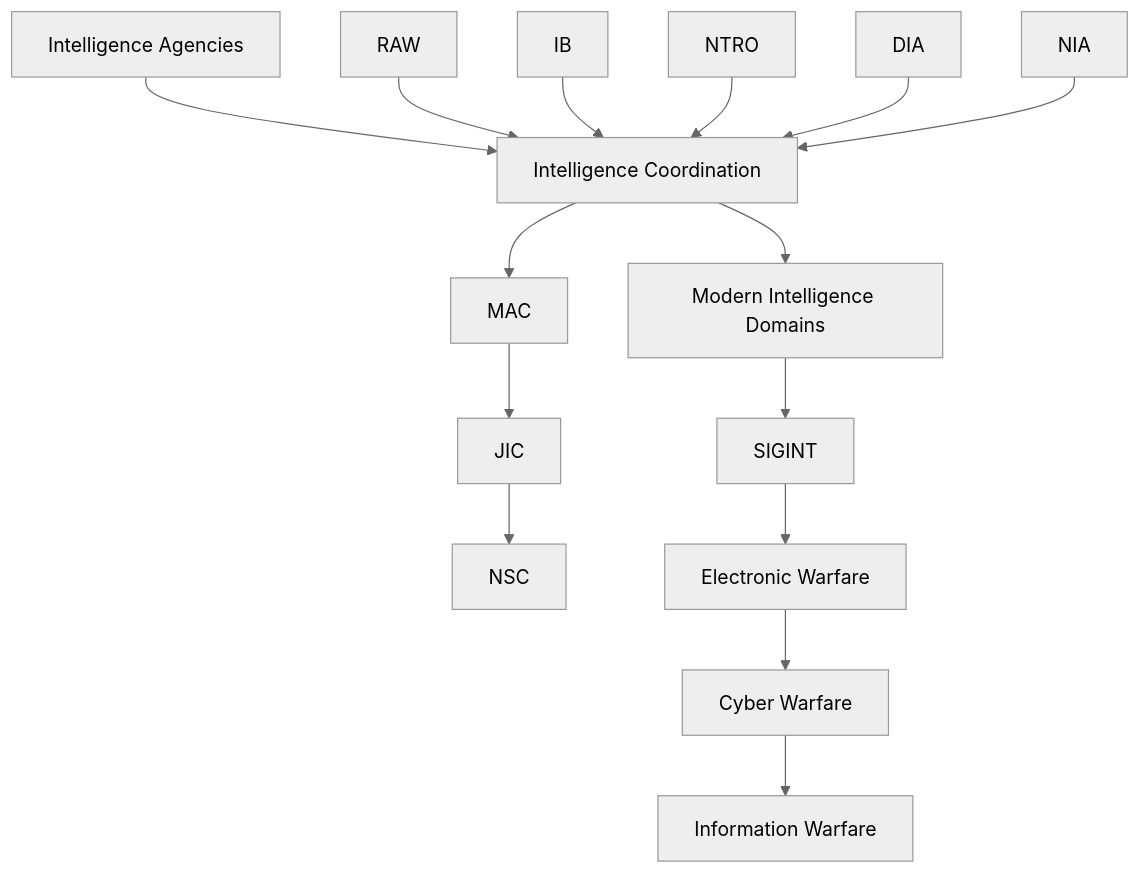
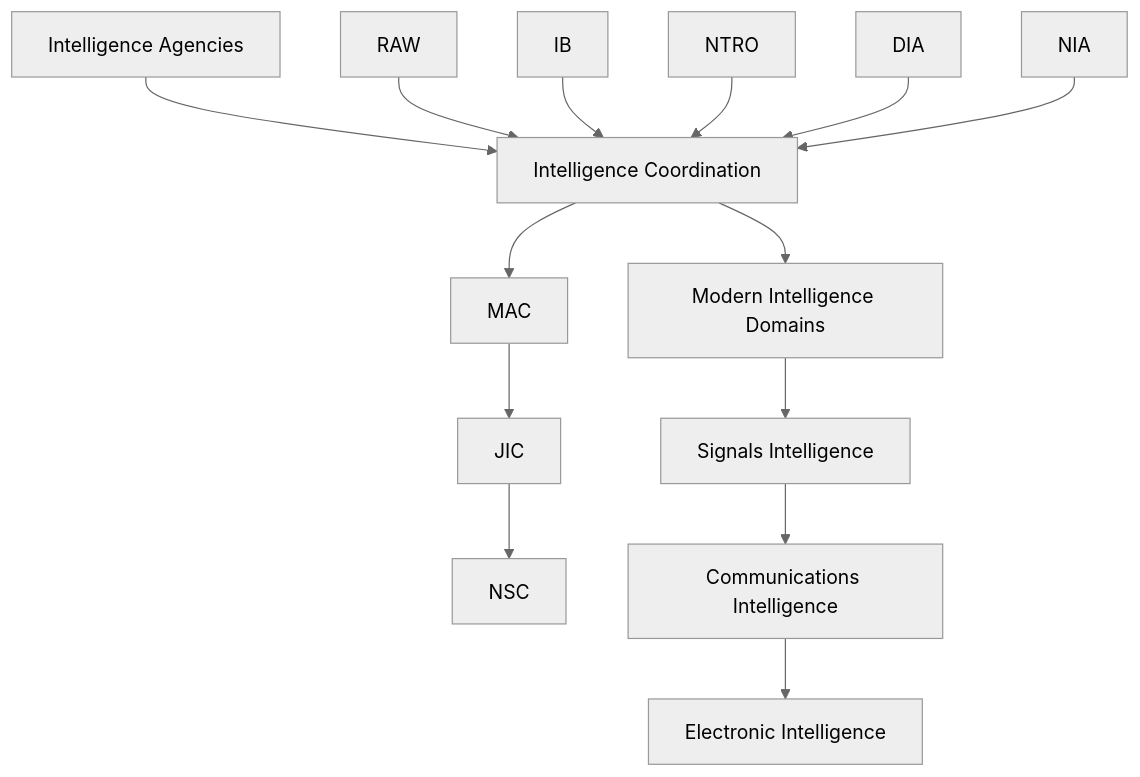
Before and after one commit to abhijitxroy/india: the second of 5 diagrams in 18-defence-and-national-security/intelligence/README.md, drawn with Mermaid (neutral theme). The commit also changed other lines of this file and 26 other files, not shown here.

````diff
--- a/18-defence-and-national-security/intelligence/README.md
+++ b/18-defence-and-national-security/intelligence/README.md
@@ -53,38 +53,36 @@
 ```mermaid
 flowchart TD
     Agencies[Intelligence Agencies]
     RAW[RAW]
     IB[IB]
     NTRO[NTRO]
     DIA[DIA]
     NIA[NIA]
 
     Coordination[Intelligence Coordination]
     MAC[MAC]
     JIC[JIC]
     NSC[NSC]
 
     Modern[Modern Intelligence Domains]
-    SIGINT[SIGINT]
-    EW[Electronic Warfare]
-    Cyber[Cyber Warfare]
-    IW[Information Warfare]
+    SIGINT[Signals Intelligence]
+    COMINT[Communications Intelligence]
+    ELINT[Electronic Intelligence]
 
     Agencies --> Coordination
     Coordination --> Modern
 
     RAW --> Coordination
     IB --> Coordination
     NTRO --> Coordination
     DIA --> Coordination
     NIA --> Coordination
 
     Coordination --> MAC
     MAC --> JIC
     JIC --> NSC
 
     Modern --> SIGINT
-    SIGINT --> EW
-    EW --> Cyber
-    Cyber --> IW
+    SIGINT --> COMINT
+    COMINT --> ELINT
 ```
````
